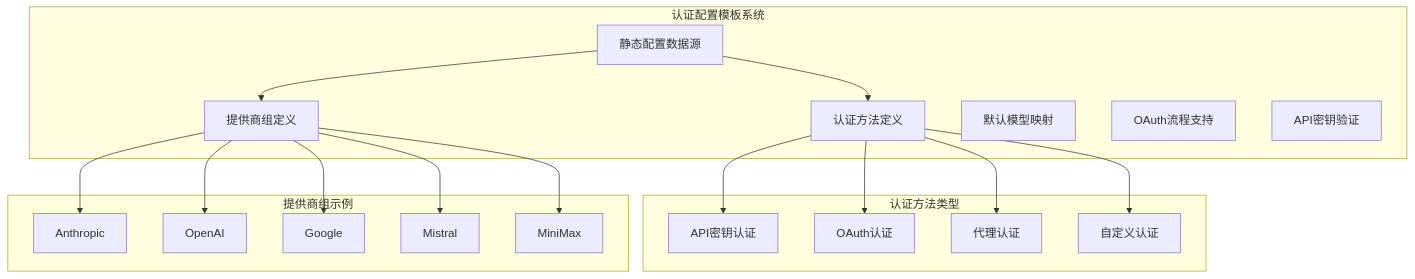
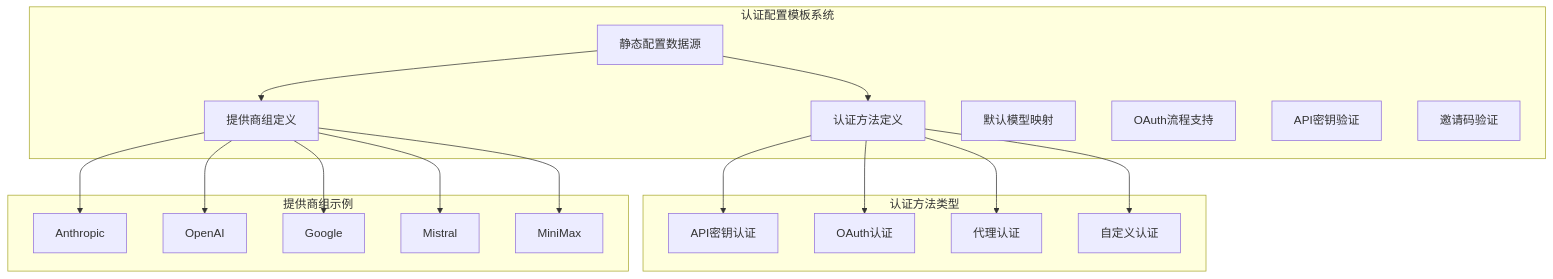
The sixth of 12 diagrams in .qoder/repowiki/zh/content/开发者指南/设置向导系统.md (verse-ai-org/openclaw), drawn with Mermaid before and after one commit. The commit also changed other lines of this file and 31 other files, not shown here.

````diff
--- a/.qoder/repowiki/zh/content/开发者指南/设置向导系统.md
+++ b/.qoder/repowiki/zh/content/开发者指南/设置向导系统.md
@@ -324,35 +397,36 @@
 ```mermaid
 graph TB
 subgraph "认证配置模板系统"
 A[静态配置数据源]
 B[认证方法定义]
 C[提供商组定义]
 D[默认模型映射]
 E[OAuth流程支持]
 F[API密钥验证]
+G[邀请码验证]
 end
 subgraph "认证方法类型"
 B1[API密钥认证]
 B2[OAuth认证]
 B3[代理认证]
 B4[自定义认证]
 end
 subgraph "提供商组示例"
 C1[Anthropic]
 C2[OpenAI]
 C3[Google]
 C4[Mistral]
 C5[MiniMax]
 end
 A --> B
 A --> C
 B --> B1
 B --> B2
 B --> B3
 B --> B4
 C --> C1
 C --> C2
 C --> C3
 C --> C4
 C --> C5
 ```
````
